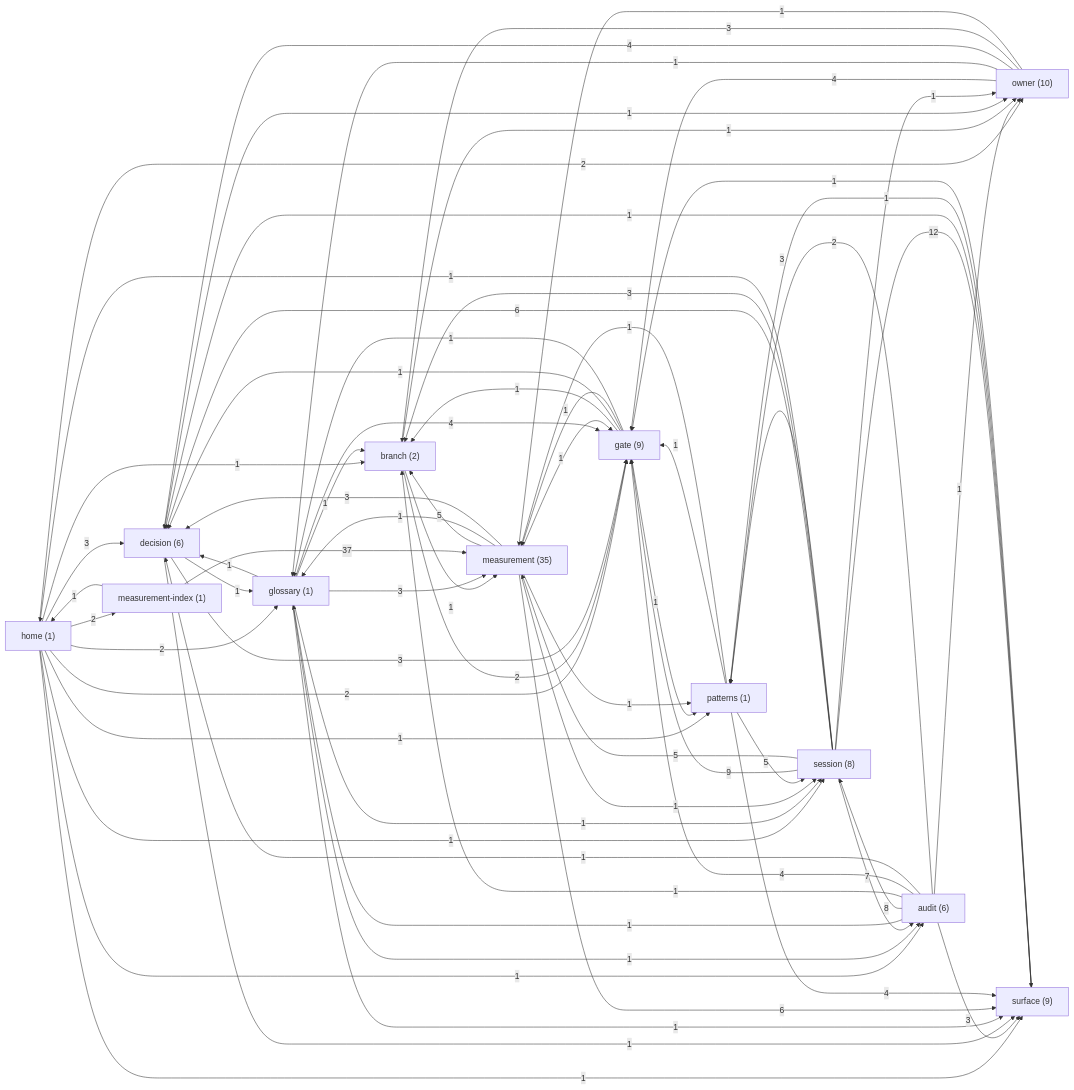
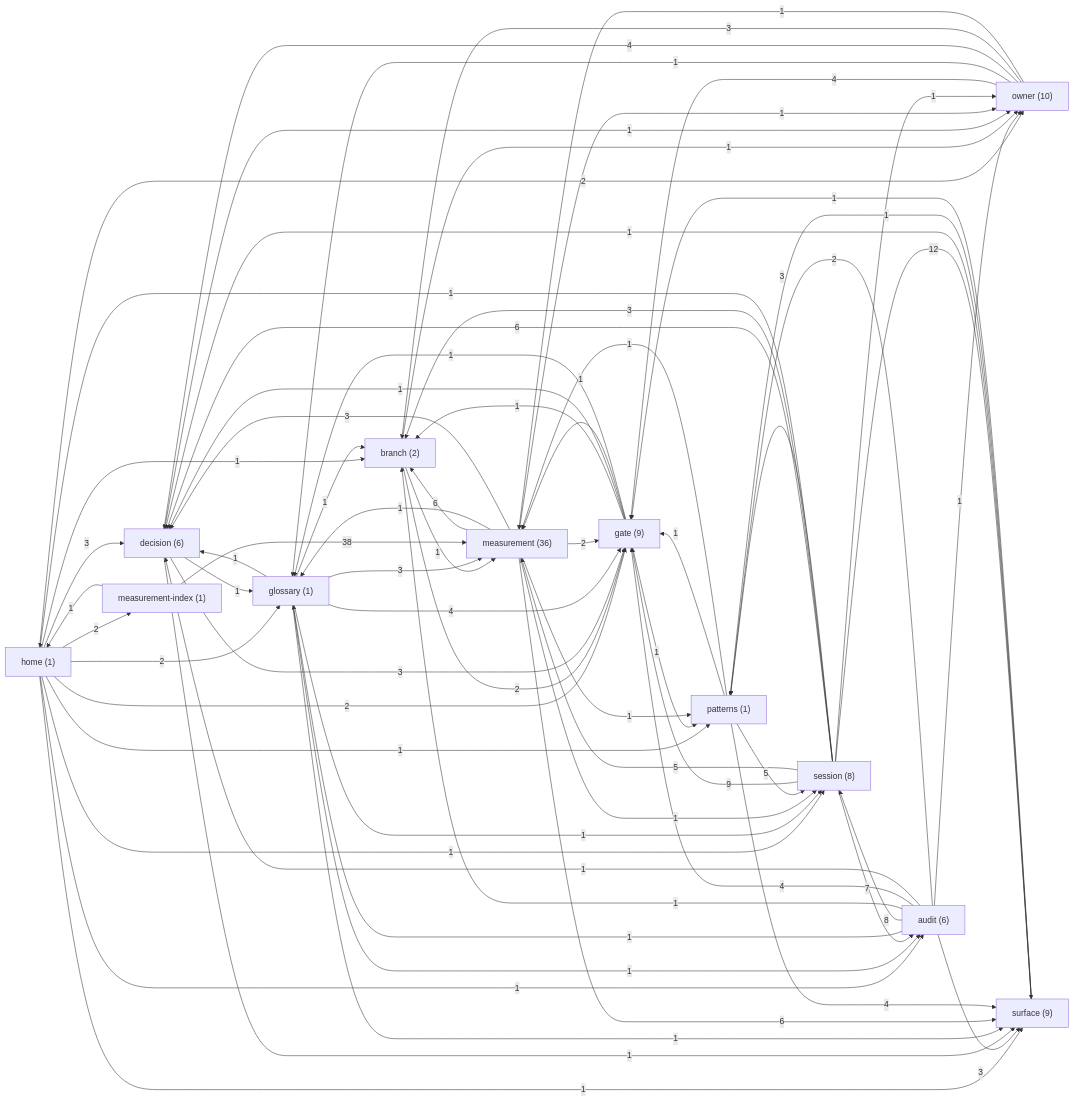
One commit to sergey9519546/STORYMACHINE changed the diagram in docs/brain/GRAPH.md. Above: the diagram before and after it, drawn with Mermaid. The commit also changed other lines of this file and 3 other files, not shown here.

```diff
--- a/docs/brain/GRAPH.md
+++ b/docs/brain/GRAPH.md
@@ -14,7 +14,7 @@
   decision["decision (6)"]
   gate["gate (9)"]
   glossary["glossary (1)"]
-  measurement["measurement (35)"]
+  measurement["measurement (36)"]
   measurement_index["measurement-index (1)"]
   owner["owner (10)"]
   patterns["patterns (1)"]
@@ -57,15 +57,16 @@
   glossary -->|1| session
   glossary -->|1| decision
   glossary -->|1| audit
-  measurement -->|5| branch
-  measurement -->|1| gate
+  measurement -->|6| branch
+  measurement -->|2| gate
   measurement -->|1| glossary
   measurement -->|1| session
   measurement -->|3| decision
   measurement -->|1| patterns
   measurement -->|6| surface
+  measurement -->|1| owner
   measurement_index -->|1| home
-  measurement_index -->|37| measurement
+  measurement_index -->|38| measurement
   owner -->|4| gate
   owner -->|1| glossary
   owner -->|4| decision
```
